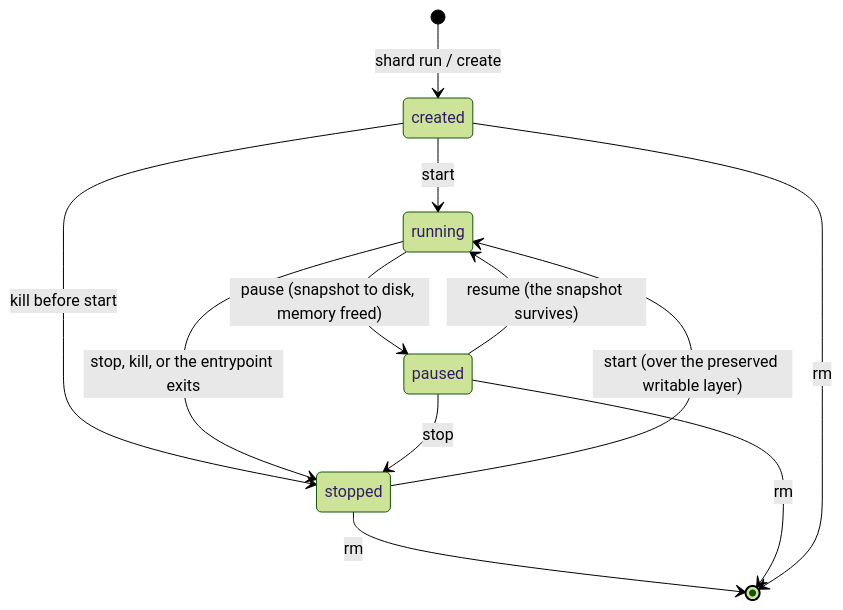
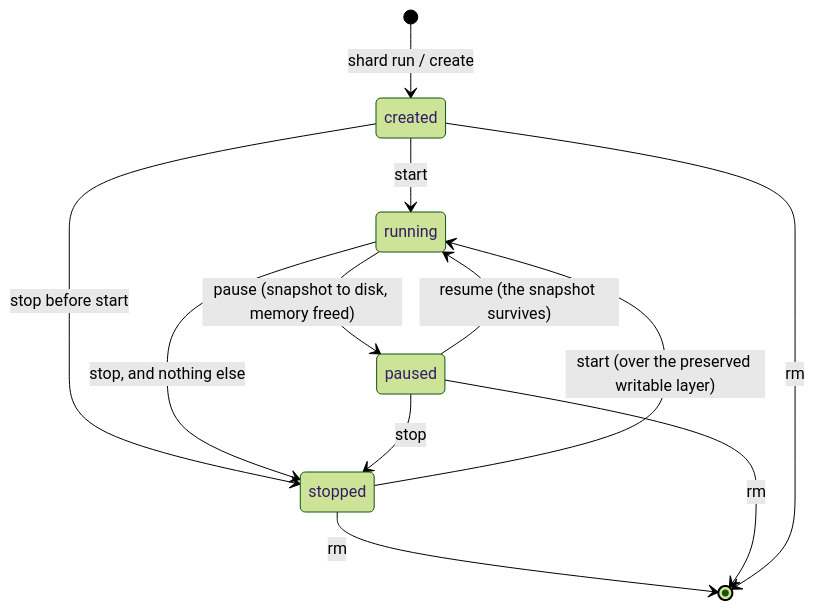
The diagram in docs/state-machine.md (presmihaylov/shard), drawn with Mermaid (forest theme) before and after one commit. The commit also changed other lines of this file and 3 other files, not shown here.

````diff
--- a/docs/state-machine.md
+++ b/docs/state-machine.md
@@ -5,14 +5,14 @@
 ```mermaid
 stateDiagram-v2
     [*] --> created: shard run / create
     created --> running: start
-    created --> stopped: kill before start
+    created --> stopped: stop before start
     running --> paused: pause (snapshot to disk, memory freed)
-    running --> stopped: stop, kill, or the entrypoint exits
+    running --> stopped: stop, and nothing else
     paused --> running: resume (the snapshot survives)
     paused --> stopped: stop
     stopped --> running: start (over the preserved writable layer)
     stopped --> [*]: rm
     paused --> [*]: rm
     created --> [*]: rm
 ```
````
